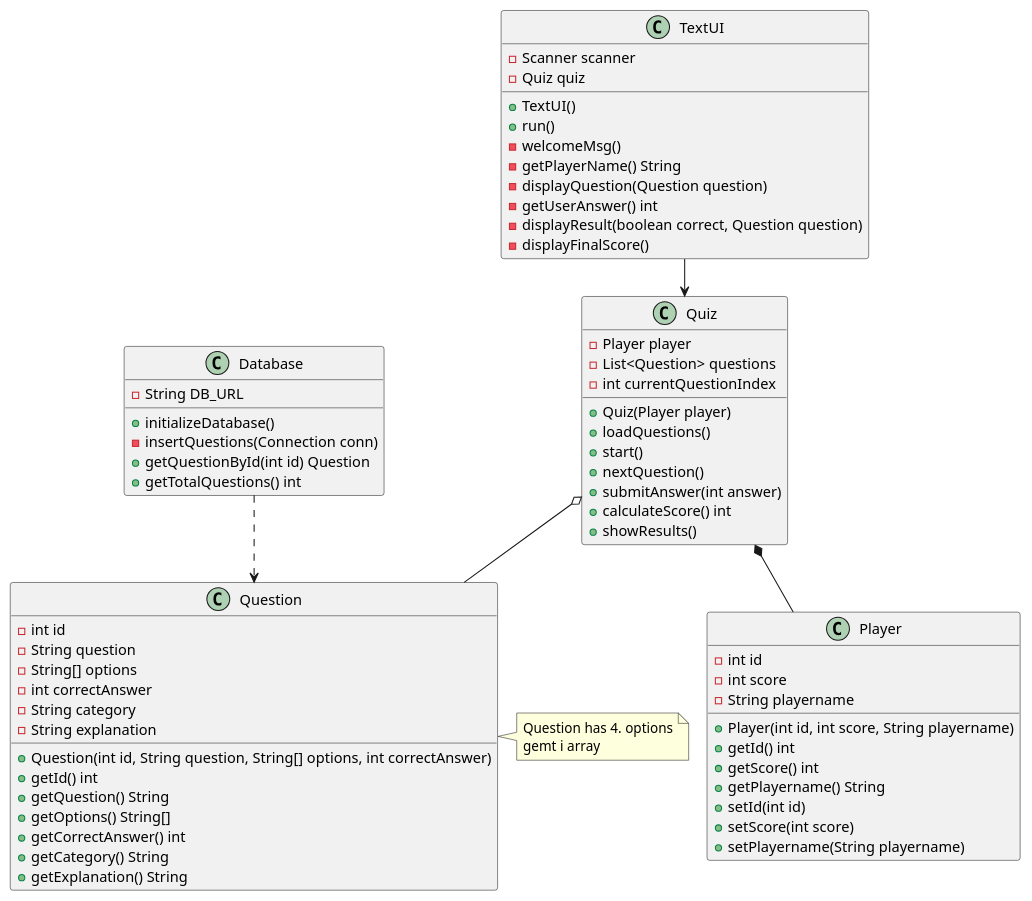
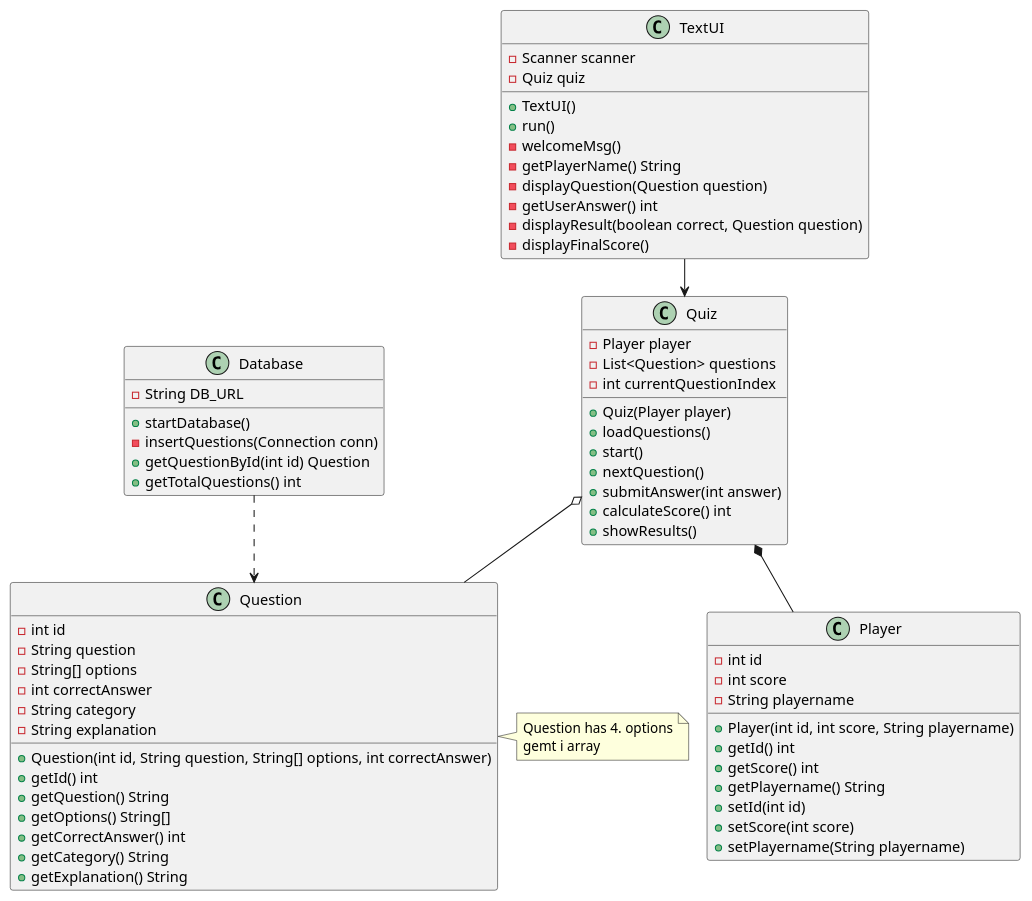
Before and after one commit to Gabbyskii/SP4: the diagram in doc-diagram/Klassediagram.puml, drawn with PlantUML. The commit also changed 1 other file, not shown here.

Commit message:
klassediagram adjust

```diff
--- a/doc-diagram/Klassediagram.puml
+++ b/doc-diagram/Klassediagram.puml
@@ -1,86 +1,86 @@
 @startuml
 
 !pragma layout smetana
 
 class Quiz
 class Player
 class Question
 class Database
 class TextUI
 
 TextUI --> Quiz
 
 Quiz *-- Player
 Quiz o-- Question
 
 Database ..> Question
 note right of Question
    Question has 4. options
    gemt i array
 end note
 
 
 class Database {
 - String DB_URL
-+ initializeDatabase()
++ startDatabase()
 - insertQuestions(Connection conn)
 + getQuestionById(int id) Question
 + getTotalQuestions() int
 }
 
 class Player {
 - int id
 - int score
 - String playername
 + Player(int id, int score, String playername)
 + getId() int
 + getScore() int
 + getPlayername() String
 + setId(int id)
 + setScore(int score)
 + setPlayername(String playername)
 }
 
 class Question {
 - int id
 - String question
 - String[] options
 - int correctAnswer
 - String category
 - String explanation
 + Question(int id, String question, String[] options, int correctAnswer)
 + getId() int
 + getQuestion() String
 + getOptions() String[]
 + getCorrectAnswer() int
 + getCategory() String
 + getExplanation() String
 }
 
 class Quiz {
 - Player player
 - List<Question> questions
 - int currentQuestionIndex
 + Quiz(Player player)
 + loadQuestions()
 + start()
 + nextQuestion()
 + submitAnswer(int answer)
 + calculateScore() int
 + showResults()
 }
 
 class TextUI {
 - Scanner scanner
 - Quiz quiz
 + TextUI()
 + run()
 - welcomeMsg()
 - getPlayerName() String
 - displayQuestion(Question question)
 - getUserAnswer() int
 - displayResult(boolean correct, Question question)
 - displayFinalScore()
 }
 
 @enduml
```
